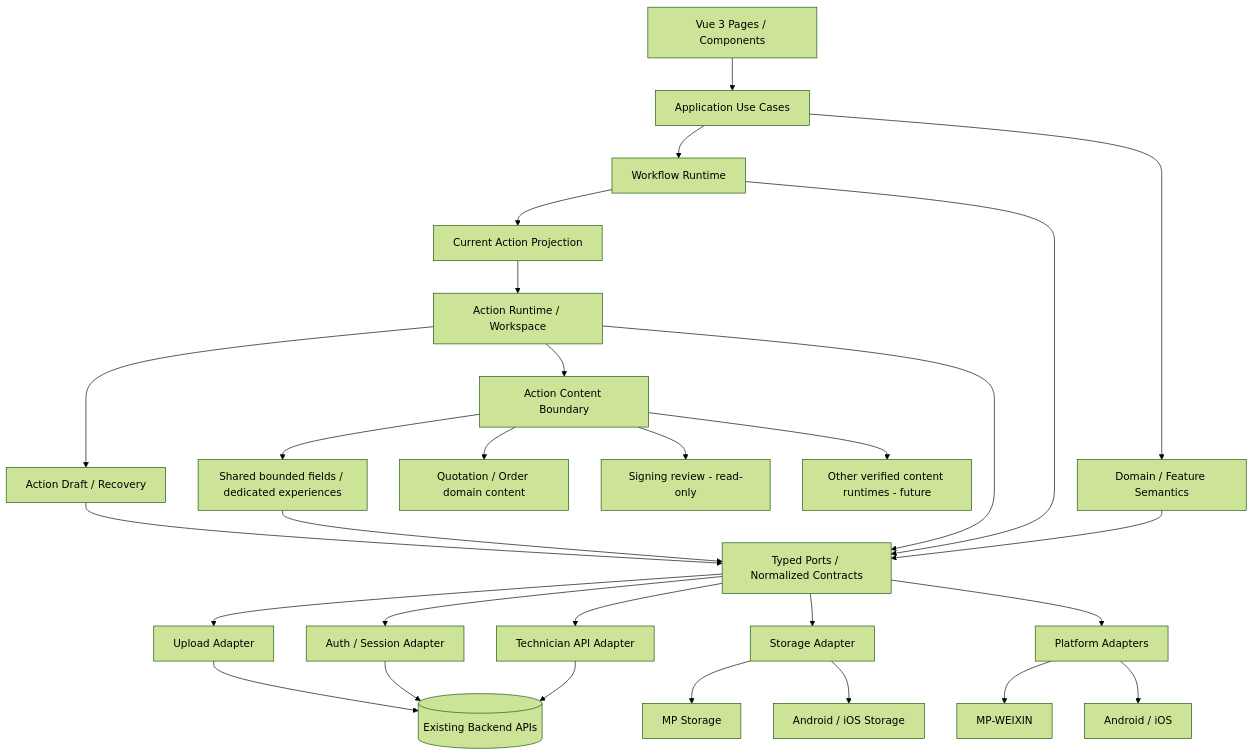
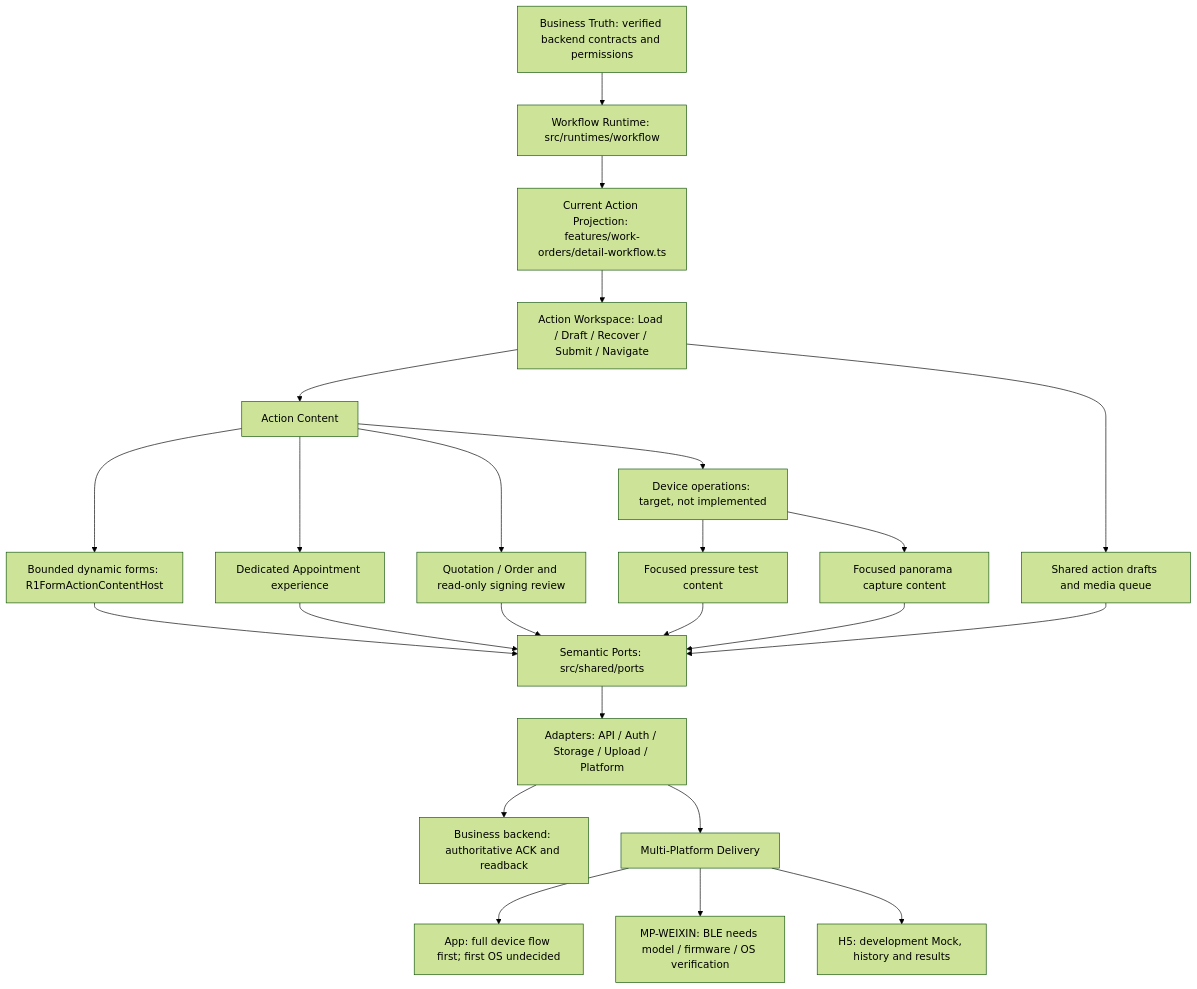
One commit to xlink-bj/xlink-technician-app changed the diagram in docs/architecture/TARGET_ARCHITECTURE.md. Above: the diagram before and after it, drawn with Mermaid (forest theme). The commit also changed other lines of this file and 3 other files, not shown here.

Commit message:
docs(architecture): define device action content boundaries

````diff
--- a/docs/architecture/TARGET_ARCHITECTURE.md
+++ b/docs/architecture/TARGET_ARCHITECTURE.md
@@ -134,39 +141,26 @@
 ```mermaid
 flowchart TD
-    UI[Vue 3 Pages / Components] --> APP[Application Use Cases]
-
-    APP --> DOMAIN[Domain / Feature Semantics]
-    APP --> WF[Workflow Runtime]
-
-    WF --> ACTIONPROJ[Current Action Projection]
-    ACTIONPROJ --> ACTION[Action Runtime / Workspace]
-
-    ACTION --> CONTENT[Action Content Boundary]
-    CONTENT --> FORM[Shared bounded fields / dedicated experiences]
-    CONTENT --> QUOTE[Quotation / Order domain content]
-    CONTENT --> CONTRACT[Signing review - read-only]
-    CONTENT --> OTHER[Other verified content runtimes - future]
-
-    ACTION --> DRAFT[Action Draft / Recovery]
-
-    DOMAIN --> PORTS[Typed Ports / Normalized Contracts]
-    WF --> PORTS
-    ACTION --> PORTS
-    FORM --> PORTS
+    TRUTH["Business Truth: verified backend contracts and permissions"] --> WF["Workflow Runtime: src/runtimes/workflow"]
+    WF --> PROJ["Current Action Projection: features/work-orders/detail-workflow.ts"]
+    PROJ --> WORKSPACE["Action Workspace: Load / Draft / Recover / Submit / Navigate"]
+    WORKSPACE --> CONTENT["Action Content"]
+    CONTENT --> FORM["Bounded dynamic forms: R1FormActionContentHost"]
+    CONTENT --> APPOINTMENT["Dedicated Appointment experience"]
+    CONTENT --> ORDER["Quotation / Order and read-only signing review"]
+    CONTENT --> DEVICE["Device operations: target, not implemented"]
+    DEVICE --> PRESSURE["Focused pressure test content"]
+    DEVICE --> PANORAMA["Focused panorama capture content"]
+    FORM --> PORTS["Semantic Ports: src/shared/ports"]
+    APPOINTMENT --> PORTS
+    ORDER --> PORTS
+    PRESSURE --> PORTS
+    PANORAMA --> PORTS
+    WORKSPACE --> DRAFT["Shared action drafts and media queue"]
     DRAFT --> PORTS
-
-    PORTS --> API[Technician API Adapter]
-    PORTS --> AUTH[Auth / Session Adapter]
-    PORTS --> STORAGE[Storage Adapter]
-    PORTS --> UPLOAD[Upload Adapter]
-    PORTS --> PLATFORM[Platform Adapters]
-
-    API --> BACKEND[(Existing Backend APIs)]
-    AUTH --> BACKEND
-    UPLOAD --> BACKEND
-
-    STORAGE --> MPSTORE[MP Storage]
-    STORAGE --> APPSTORE[Android / iOS Storage]
-    PLATFORM --> MP[MP-WEIXIN]
-    PLATFORM --> APPPLUS[Android / iOS]
+    PORTS --> ADAPTERS["Adapters: API / Auth / Storage / Upload / Platform"]
+    ADAPTERS --> BACKEND["Business backend: authoritative ACK and readback"]
+    ADAPTERS --> DELIVERY["Multi-Platform Delivery"]
+    DELIVERY --> APP["App: full device flow first; first OS undecided"]
+    DELIVERY --> MP["MP-WEIXIN: BLE needs model / firmware / OS verification"]
+    DELIVERY --> H5["H5: development Mock, history and results"]
 ```
````
